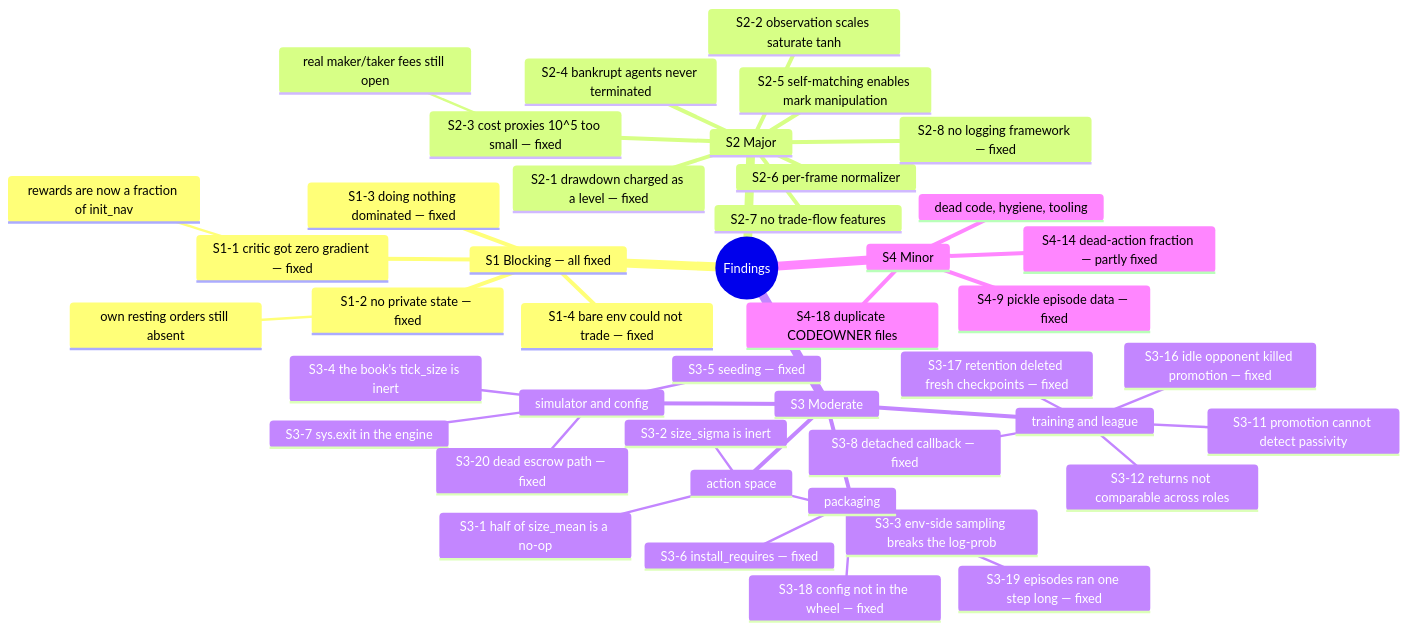
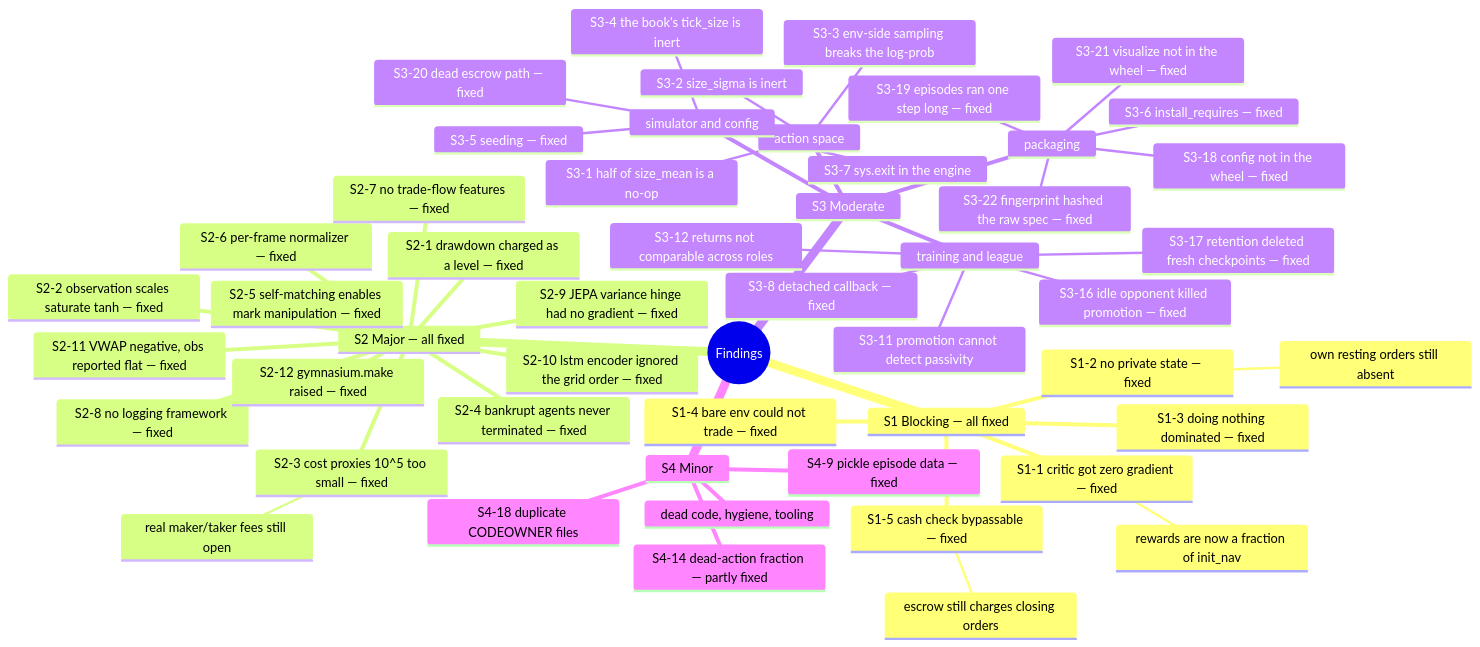
The diagram in doc/15_findings_and_recommendations.md (ChuaCheowHuan/gym-continuousDoubleAuction), drawn with Mermaid before and after one commit. The commit also changed other lines of this file and 21 other files, not shown here.

````diff
--- a/doc/15_findings_and_recommendations.md
+++ b/doc/15_findings_and_recommendations.md
@@ -11,46 +11,54 @@
 ```mermaid
 mindmap
   root((Findings))
     S1 Blocking — all fixed
       S1-1 critic got zero gradient — fixed
         rewards are now a fraction of init_nav
       S1-2 no private state — fixed
         own resting orders still absent
       S1-3 doing nothing dominated — fixed
       S1-4 bare env could not trade — fixed
-    S2 Major
+      S1-5 cash check bypassable — fixed
+        escrow still charges closing orders
+    S2 Major — all fixed
       S2-1 drawdown charged as a level — fixed
-      S2-2 observation scales saturate tanh
+      S2-2 observation scales saturate tanh — fixed
       S2-3 cost proxies 10^5 too small — fixed
         real maker/taker fees still open
-      S2-4 bankrupt agents never terminated
-      S2-5 self-matching enables mark manipulation
-      S2-6 per-frame normalizer
-      S2-7 no trade-flow features
+      S2-4 bankrupt agents never terminated — fixed
+      S2-5 self-matching enables mark manipulation — fixed
+      S2-6 per-frame normalizer — fixed
+      S2-7 no trade-flow features — fixed
       S2-8 no logging framework — fixed
+      S2-9 JEPA variance hinge had no gradient — fixed
+      S2-10 lstm encoder ignored the grid order — fixed
+      S2-11 VWAP negative, obs reported flat — fixed
+      S2-12 gymnasium.make raised — fixed
     S3 Moderate
       action space
         S3-1 half of size_mean is a no-op
         S3-2 size_sigma is inert
         S3-3 env-side sampling breaks the log-prob
       simulator and config
         S3-4 the book's tick_size is inert
         S3-5 seeding — fixed
         S3-7 sys.exit in the engine
         S3-20 dead escrow path — fixed
       training and league
         S3-8 detached callback — fixed
         S3-11 promotion cannot detect passivity
         S3-12 returns not comparable across roles
         S3-16 idle opponent killed promotion — fixed
         S3-17 retention deleted fresh checkpoints — fixed
       packaging
         S3-6 install_requires — fixed
         S3-18 config not in the wheel — fixed
         S3-19 episodes ran one step long — fixed
+        S3-21 visualize not in the wheel — fixed
+        S3-22 fingerprint hashed the raw spec — fixed
     S4 Minor
       dead code, hygiene, tooling
       S4-9 pickle episode data — fixed
       S4-14 dead-action fraction — partly fixed
       S4-18 duplicate CODEOWNER files
 ```
````
